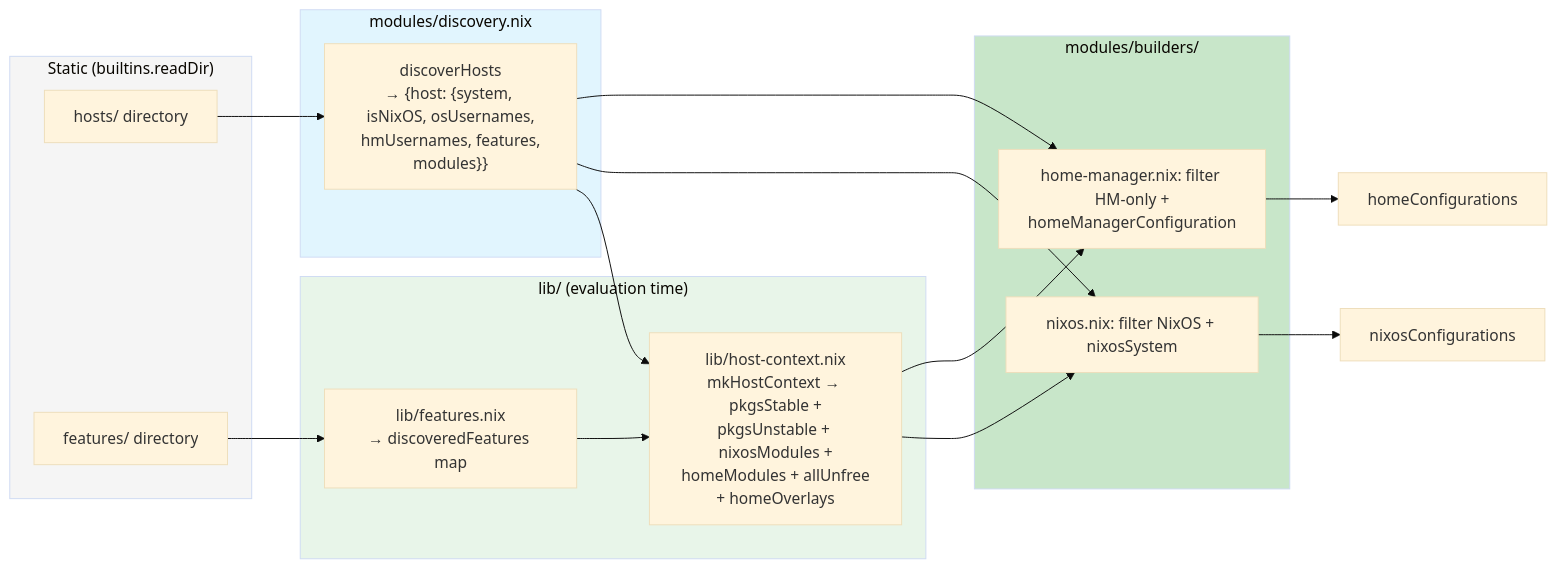
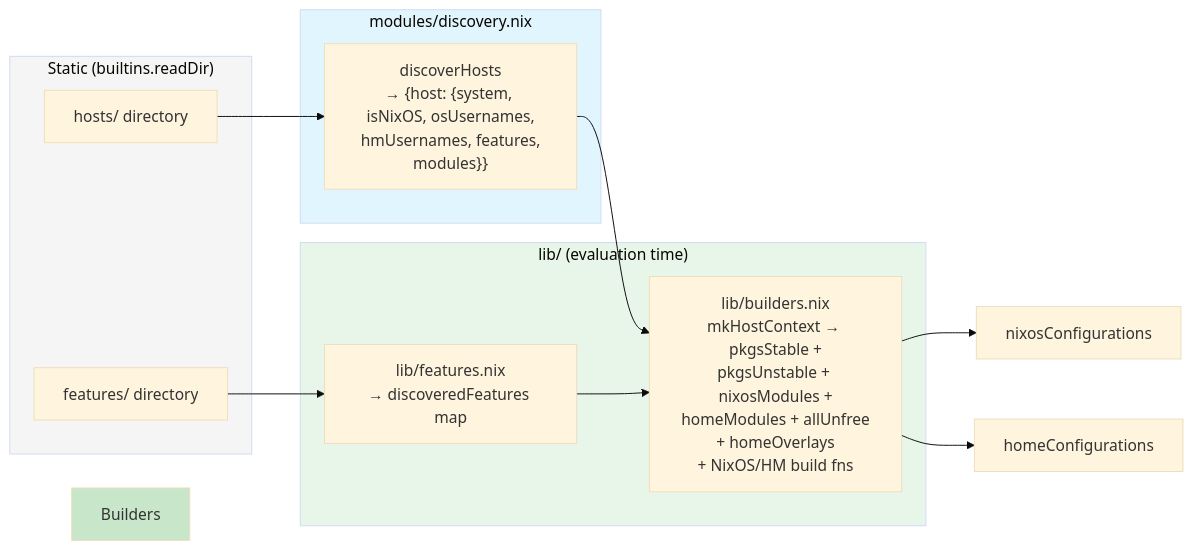
One commit to WombatFromHell/automatic-palm-tree changed the eighth of 8 diagrams in DESIGN.md. Above: the diagram before and after it, drawn with Mermaid (base theme). The commit also changed other lines of this file and 12 other files, not shown here.

Commit message:
Significant streamlining of our lib/modules DSL support code

````diff
--- a/DESIGN.md
+++ b/DESIGN.md
@@ -320,41 +291,30 @@
 ```mermaid
 graph LR
     subgraph Static ["Static (builtins.readDir)"]
         hosts["hosts/ directory"]
         features["features/ directory"]
     end
 
     subgraph Lib ["lib/ (evaluation time)"]
         featLib["lib/features.nix\n→ discoveredFeatures map"]
-        ctxLib["lib/host-context.nix\nmkHostContext → pkgsStable +\npkgsUnstable + nixosModules +\nhomeModules + allUnfree\n+ homeOverlays"]
+        bldLib["lib/builders.nix\nmkHostContext → pkgsStable +\npkgsUnstable + nixosModules +\nhomeModules + allUnfree\n+ homeOverlays\n+ NixOS/HM build fns"]
     end
 
     subgraph Disc ["modules/discovery.nix"]
         disc["discoverHosts\n→ {host: {system, isNixOS, osUsernames,\n hmUsernames, features, modules}}"]
     end
 
-    subgraph Builders ["modules/builders/"]
-        buildN["nixos.nix: filter NixOS + nixosSystem"]
-        buildH["home-manager.nix: filter HM-only +\nhomeManagerConfiguration"]
-    end
-
     hosts --> disc
     features --> featLib
 
-    disc --> ctxLib
+    disc --> bldLib
+    featLib --> bldLib
 
-    featLib --> ctxLib
-
-    ctxLib --> buildN
-    ctxLib --> buildH
-    disc --> buildN
-    disc --> buildH
-
-    buildN --> nixosOut["nixosConfigurations"]
-    buildH --> hmOut["homeConfigurations"]
+    bldLib --> nixosOut["nixosConfigurations"]
+    bldLib --> hmOut["homeConfigurations"]
 
     style Static fill:#f5f5f5
     style Lib fill:#e8f5e9
     style Disc fill:#e1f5fe
     style Builders fill:#c8e6c9
 ```
````
